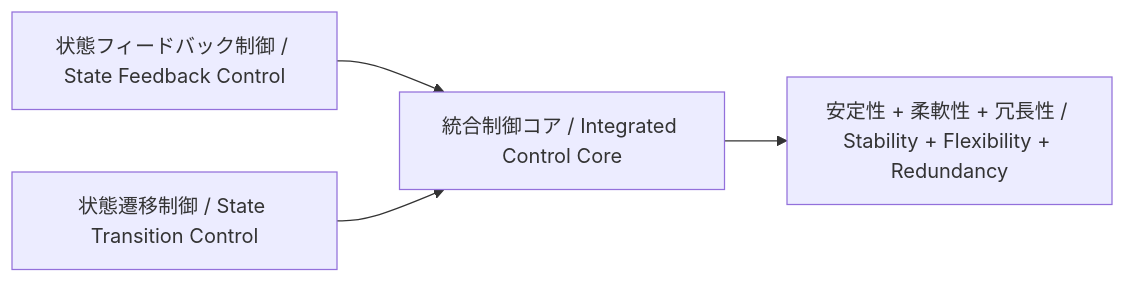
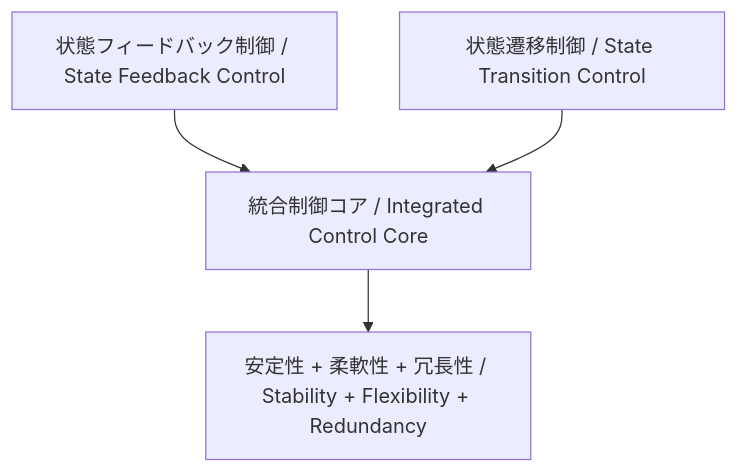
The first of 3 diagrams in AITL_Strategy_Proposal_Draft_v4_0.md (Samizo-AITL/AITL-Strategy-Proposal), drawn with Mermaid before and after one commit.

````diff
--- a/AITL_Strategy_Proposal_Draft_v4_0.md
+++ b/AITL_Strategy_Proposal_Draft_v4_0.md
@@ -70,6 +70,6 @@
 ```mermaid
-flowchart LR
+flowchart TB
     A[状態フィードバック制御 / State Feedback Control] --> C[統合制御コア / Integrated Control Core]
     B[状態遷移制御 / State Transition Control] --> C
     C --> D[安定性 + 柔軟性 + 冗長性 / Stability + Flexibility + Redundancy]
 ```
````
